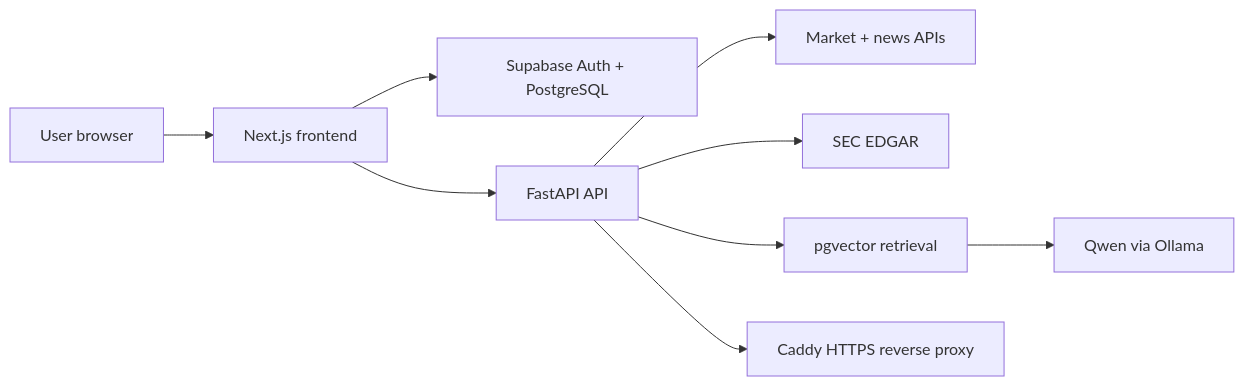
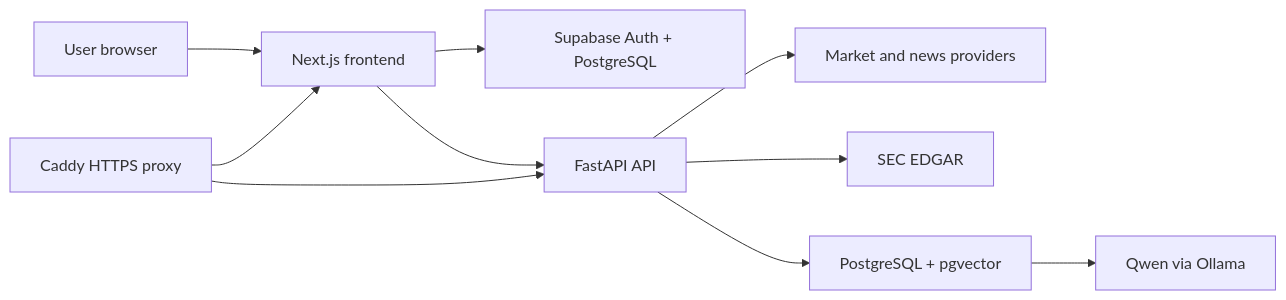
One commit to bolanosmanny/stratos changed the second of 2 diagrams in README.md. Above: the diagram before and after it, drawn with Mermaid. The commit also changed other lines of this file, not shown here.

Commit message:
docs: add architecture and validation metrics

````diff
--- a/README.md
+++ b/README.md
@@ -32,11 +32,12 @@
 ```mermaid
 flowchart LR
     U["User browser"] --> F["Next.js frontend"]
     F --> S["Supabase Auth + PostgreSQL"]
     F --> A["FastAPI API"]
-    A --> M["Market + news APIs"]
+    A --> M["Market and news providers"]
     A --> E["SEC EDGAR"]
-    A --> V["pgvector retrieval"]
+    A --> V["PostgreSQL + pgvector"]
     V --> L["Qwen via Ollama"]
-    A --> C["Caddy HTTPS reverse proxy"]
+    C["Caddy HTTPS proxy"] --> F
+    C --> A
 ```
````
